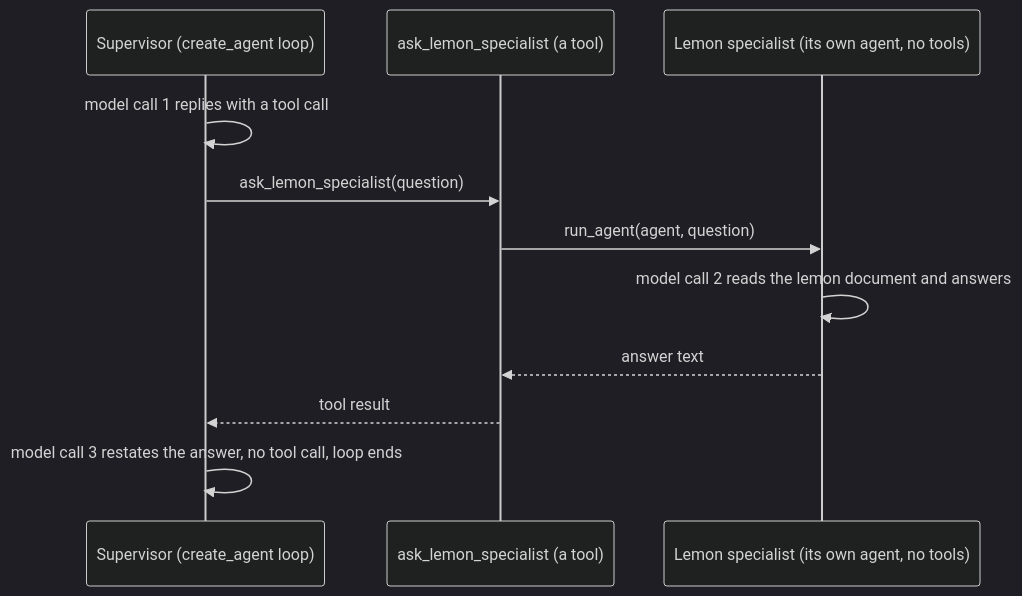
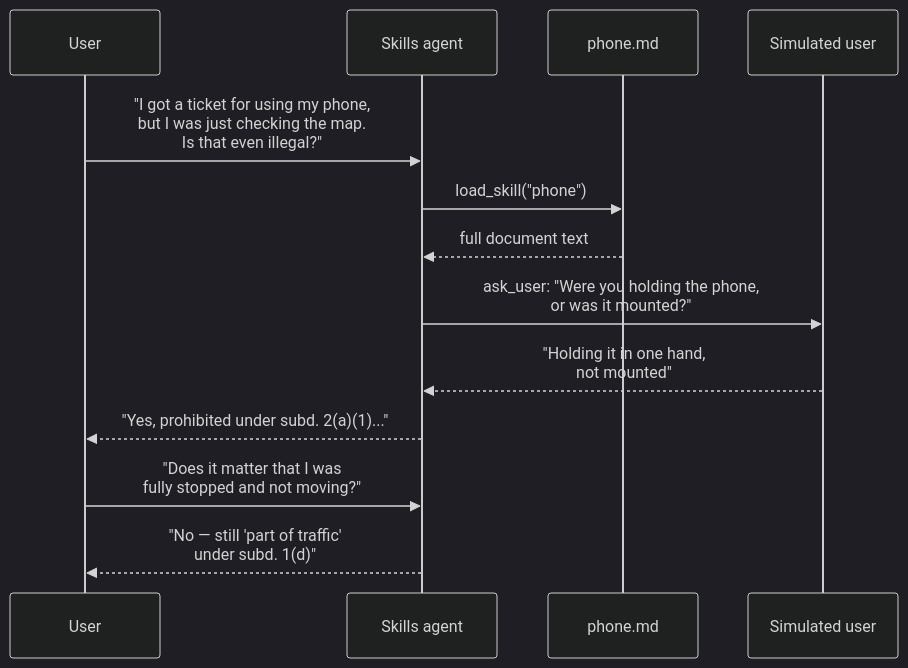
The first of 4 diagrams in content/orchestration1.md (Haddley/haddley.github.io), drawn with Mermaid (dark theme) before and after one commit. The commit also changed other lines of this file and 2 other files, not shown here.

````diff
--- a/content/orchestration1.md
+++ b/content/orchestration1.md
@@ -204,13 +89,16 @@
 ```mermaid
 sequenceDiagram
-    participant S as Supervisor (create_agent loop)
-    participant T as ask_lemon_specialist (a tool)
-    participant L as Lemon specialist (its own agent, no tools)
-    S->>S: model call 1 replies with a tool call
-    S->>T: ask_lemon_specialist(question)
-    T->>L: run_agent(agent, question)
-    L->>L: model call 2 reads the lemon document and answers
-    L-->>T: answer text
-    T-->>S: tool result
-    S->>S: model call 3 restates the answer, no tool call, loop ends
+    participant U as User
+    participant S as Skills agent
+    participant Doc as phone.md
+    participant Sim as Simulated user
+
+    U->>S: "I got a ticket for using my phone,<br/>but I was just checking the map.<br/>Is that even illegal?"
+    S->>Doc: load_skill("phone")
+    Doc-->>S: full document text
+    S->>Sim: ask_user: "Were you holding the phone,<br/>or was it mounted?"
+    Sim-->>S: "Holding it in one hand,<br/>not mounted"
+    S-->>U: "Yes, prohibited under subd. 2(a)(1)..."
+    U->>S: "Does it matter that I was<br/>fully stopped and not moving?"
+    S-->>U: "No — still 'part of traffic'<br/>under subd. 1(d)"
 ```
````
